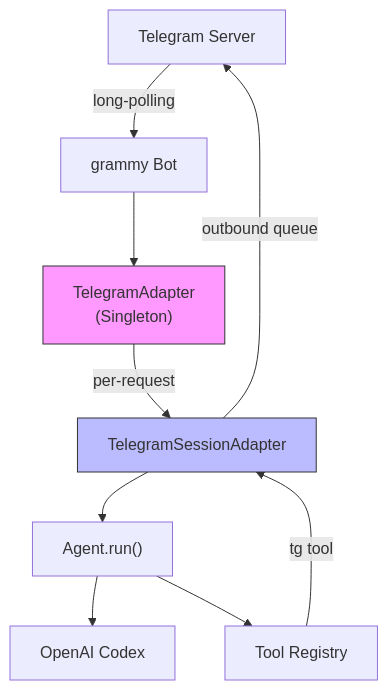
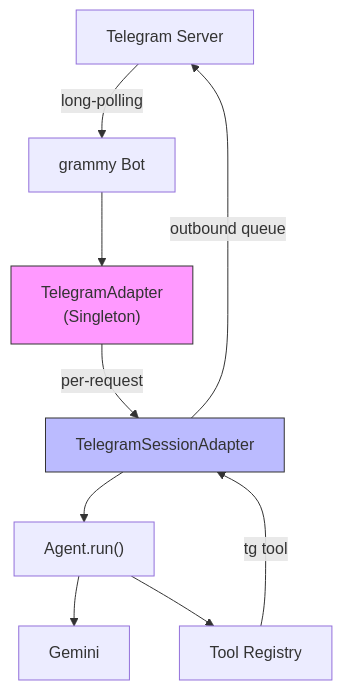
One commit to boltguo/anya changed the first of 14 diagrams in docs/telegram.md. Above: the diagram before and after it, drawn with Mermaid. The commit also changed other lines of this file and 48 other files, not shown here.

````diff
--- a/docs/telegram.md
+++ b/docs/telegram.md
@@ -9,14 +9,14 @@
 ```mermaid
 graph TD
     TG["Telegram Server"] -->|long-polling| BOT["grammy Bot"]
     BOT --> TA["TelegramAdapter<br/>(Singleton)"]
     TA -->|per-request| TSA["TelegramSessionAdapter"]
     TSA --> AGENT["Agent.run()"]
-    AGENT --> PROVIDER["OpenAI Codex"]
+    AGENT --> PROVIDER["Gemini"]
     AGENT --> TOOLS["Tool Registry"]
     TOOLS -->|tg tool| TSA
     TSA -->|outbound queue| TG
 
     style TA fill:#f9f,stroke:#333
     style TSA fill:#bbf,stroke:#333
 ```
````
